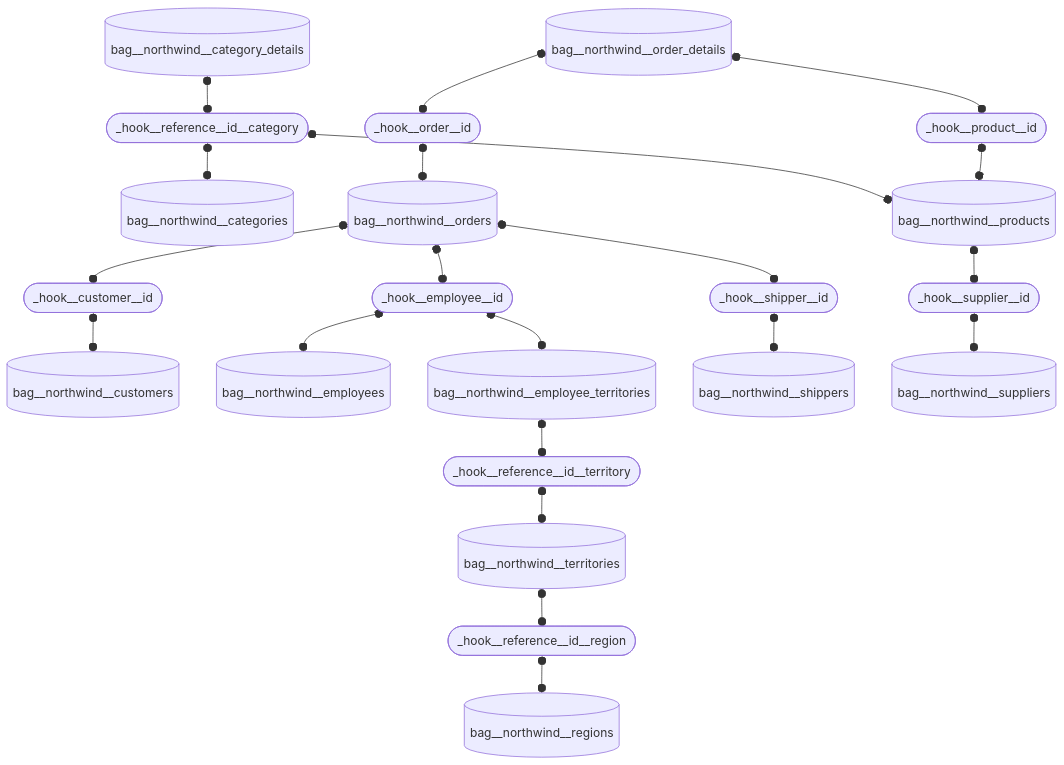
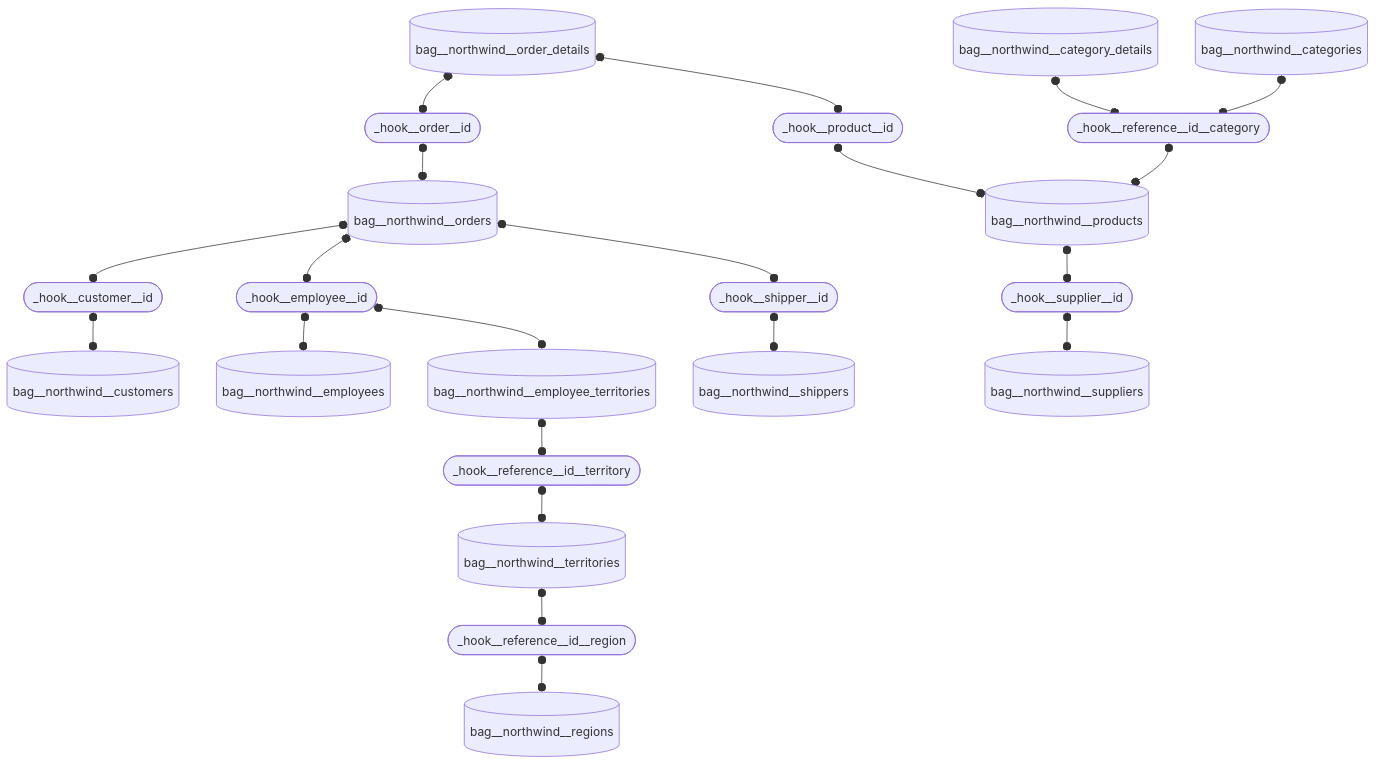
One commit to mattiasthalen/obsidian-insights changed the third of 4 diagrams in README.md. Above: the diagram before and after it, drawn with Mermaid.

Commit message:
Refine hook ERD

````diff
--- a/README.md
+++ b/README.md
@@ -78,47 +78,47 @@
 ```mermaid
 flowchart TD
 
         _hook__reference__id__category(["_hook__reference__id__category"])
         _hook__reference__id__region(["_hook__reference__id__region"])
         _hook__reference__id__territory(["_hook__reference__id__territory"])
         _hook__customer__id(["_hook__customer__id"])
         _hook__employee__id(["_hook__employee__id"])
         _hook__order__id(["_hook__order__id"])
         _hook__product__id(["_hook__product__id"])
         _hook__shipper__id(["_hook__shipper__id"])
         _hook__supplier__id(["_hook__supplier__id"])
  
         bag__northwind__categories[("bag__northwind__categories")]
         bag__northwind__category_details[("bag__northwind__category_details")]
         bag__northwind__customers[("bag__northwind__customers")]
         bag__northwind__employees[("bag__northwind__employees")]
         bag__northwind__employee_territories[("bag__northwind__employee_territories")]
         bag__northwind__orders[("bag__northwind__orders")]
         bag__northwind__order_details[("bag__northwind__order_details")]
         bag__northwind__products[("bag__northwind__products")]
         bag__northwind__regions[("bag__northwind__regions")]
         bag__northwind__shippers[("bag__northwind__shippers")]
         bag__northwind__suppliers[("bag__northwind__suppliers")]
         bag__northwind__territories[("bag__northwind__territories")]
 
-    _hook__reference__id__category  o--o bag__northwind__categories
+    bag__northwind__categories o--o _hook__reference__id__category
     bag__northwind__category_details  o--o _hook__reference__id__category
-    _hook__reference__id__category  o--o bag__northwind__products
+    _hook__reference__id__category o--o bag__northwind__products
     _hook__customer__id  o--o bag__northwind__customers
     bag__northwind__orders  o--o _hook__customer__id
     _hook__employee__id  o--o bag__northwind__employees
     bag__northwind__orders  o--o _hook__employee__id
     _hook__employee__id  o--o bag__northwind__employee_territories
     _hook__order__id  o--o bag__northwind__orders
     bag__northwind__order_details  o--o _hook__order__id
     _hook__product__id  o--o bag__northwind__products
     bag__northwind__order_details  o--o _hook__product__id
     _hook__reference__id__region  o--o bag__northwind__regions
     bag__northwind__territories  o--o _hook__reference__id__region
     _hook__shipper__id  o--o bag__northwind__shippers
     bag__northwind__orders  o--o _hook__shipper__id
     _hook__supplier__id  o--o bag__northwind__suppliers
     bag__northwind__products  o--o _hook__supplier__id
     _hook__reference__id__territory  o--o bag__northwind__territories
     bag__northwind__employee_territories  o--o _hook__reference__id__territory
 ```
````
